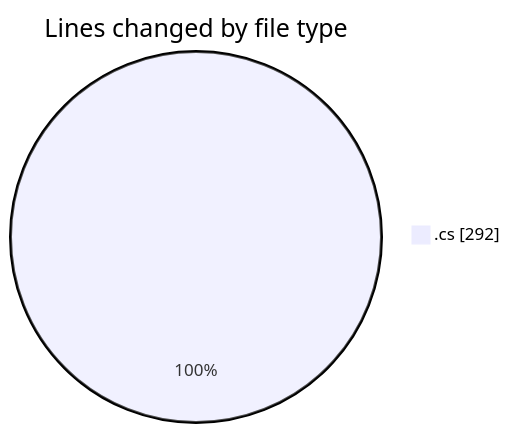
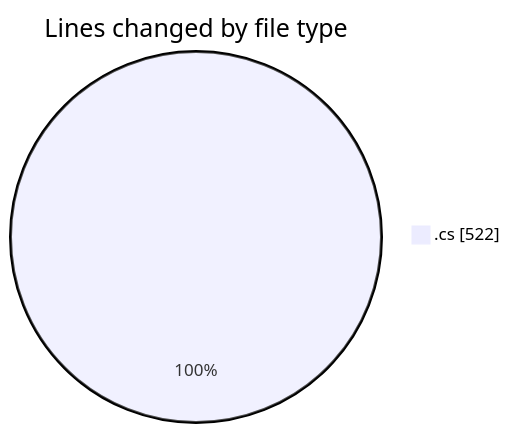
One commit to Netris89/code-tracking changed the first of 2 diagrams in 2025-04-02/back-end/README.md. Above: the diagram before and after it, drawn with Mermaid. The commit also changed other lines of this file and 1 other file, not shown here.

````diff
--- a/2025-04-02/back-end/README.md
+++ b/2025-04-02/back-end/README.md
@@ -20,5 +21,5 @@
 ```mermaid
 pie showData
 title Lines changed by file type
-".cs" : 292
+".cs" : 522
 ```
````
